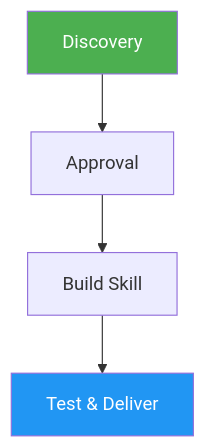
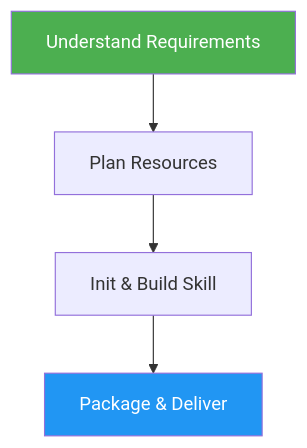
The diagram in skills/skill-creator/README.md (Montimage/skills), drawn with Mermaid before and after one commit. The commit also changed other lines of this file and 20 other files, not shown here.

````diff
--- a/skills/skill-creator/README.md
+++ b/skills/skill-creator/README.md
@@ -24,8 +25,8 @@
 ```mermaid
 graph TD
-    A["Discovery"] --> B["Approval"]
-    B --> C["Build Skill"]
-    C --> D["Test & Deliver"]
+    A["Understand Requirements"] --> B["Plan Resources"]
+    B --> C["Init & Build Skill"]
+    C --> D["Package & Deliver"]
     style A fill:#4CAF50,color:#fff
     style D fill:#2196F3,color:#fff
 ```
````
